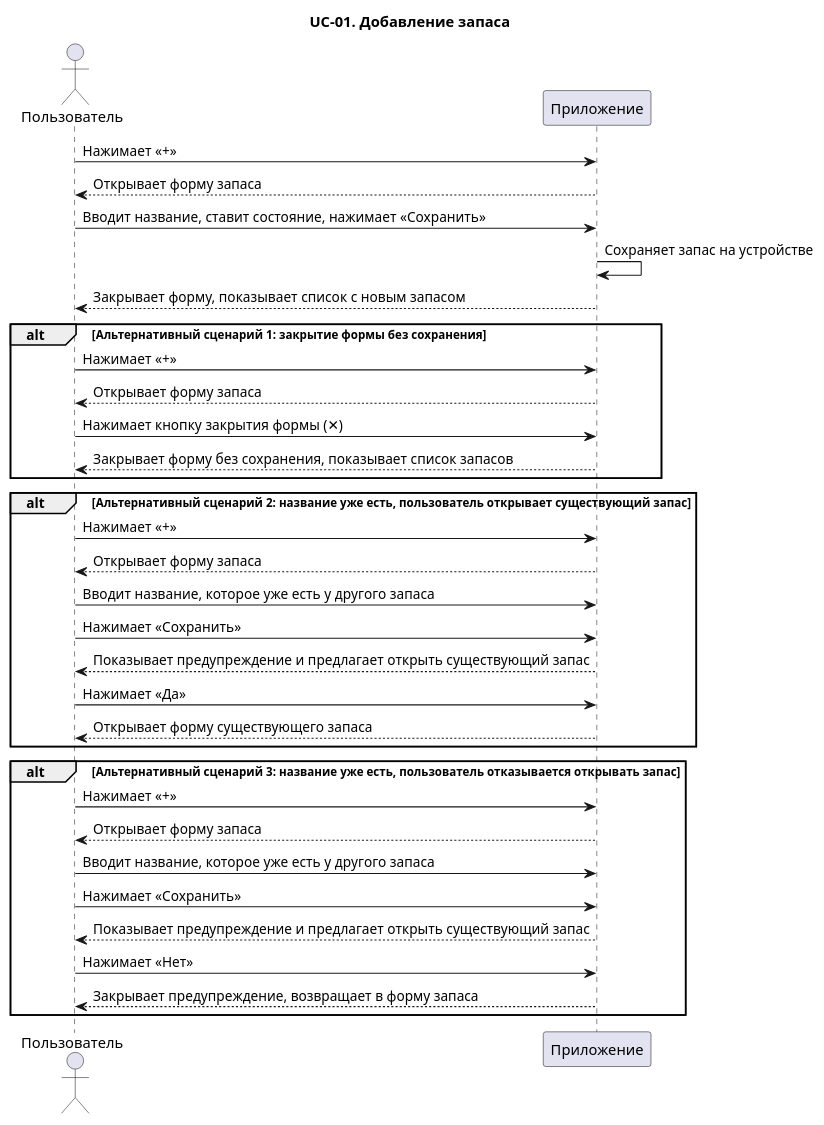
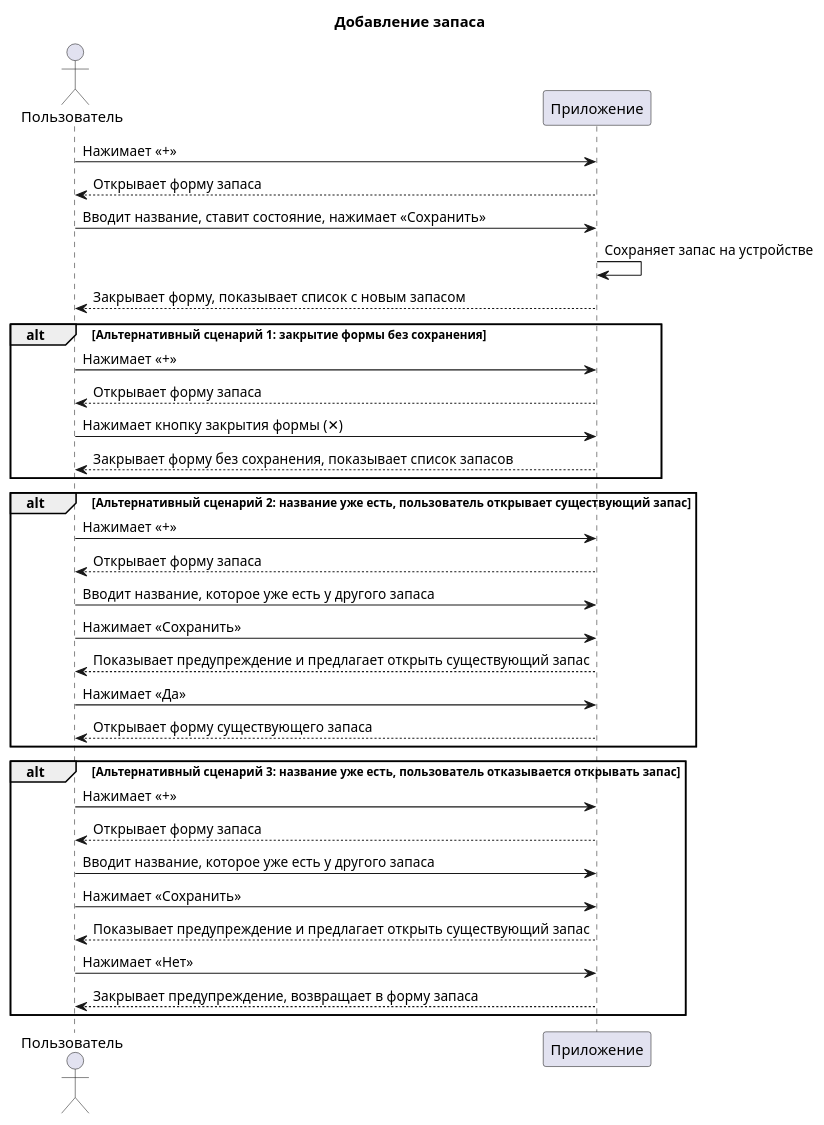
The diagram in polka-app-docs/plantuml/create-stock.puml (alenaChernyka/tech-writing-portfolio), drawn with PlantUML before and after one commit. The commit also changed 6 other files, not shown here.

```diff
--- a/polka-app-docs/plantuml/create-stock.puml
+++ b/polka-app-docs/plantuml/create-stock.puml
@@ -1,39 +1,39 @@
 @startuml
-title UC-01. Добавление запаса
+title Добавление запаса
 
 actor Пользователь as user
 participant Приложение as client
 
 user -> client: Нажимает «+»
 user <-- client: Открывает форму запаса
 user -> client: Вводит название, ставит состояние, нажимает «Сохранить»
 client -> client: Сохраняет запас на устройстве
 user <-- client: Закрывает форму, показывает список с новым запасом
 
 alt Альтернативный сценарий 1: закрытие формы без сохранения
 user -> client: Нажимает «+»
 user <-- client: Открывает форму запаса
 user -> client: Нажимает кнопку закрытия формы (✕)
 user <-- client: Закрывает форму без сохранения, показывает список запасов
 end alt
 
 alt Альтернативный сценарий 2: название уже есть, пользователь открывает существующий запас
 user -> client: Нажимает «+»
 user <-- client: Открывает форму запаса
 user -> client: Вводит название, которое уже есть у другого запаса
 user -> client: Нажимает «Сохранить»
 user <-- client: Показывает предупреждение и предлагает открыть существующий запас
 user -> client: Нажимает «Да»
 user <-- client: Открывает форму существующего запаса
 end alt
 
 alt Альтернативный сценарий 3: название уже есть, пользователь отказывается открывать запас
 user -> client: Нажимает «+»
 user <-- client: Открывает форму запаса
 user -> client: Вводит название, которое уже есть у другого запаса
 user -> client: Нажимает «Сохранить»
 user <-- client: Показывает предупреждение и предлагает открыть существующий запас
 user -> client: Нажимает «Нет»
 user <-- client: Закрывает предупреждение, возвращает в форму запаса
 end alt
 @enduml
```
